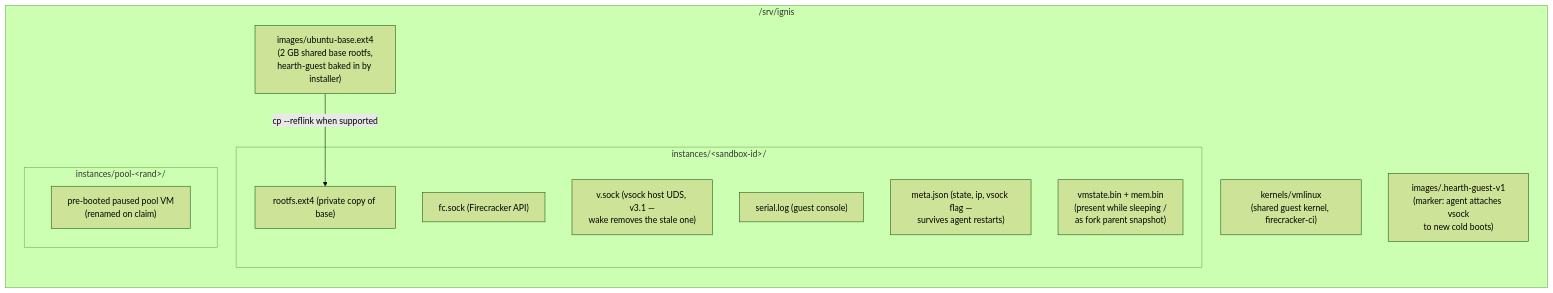
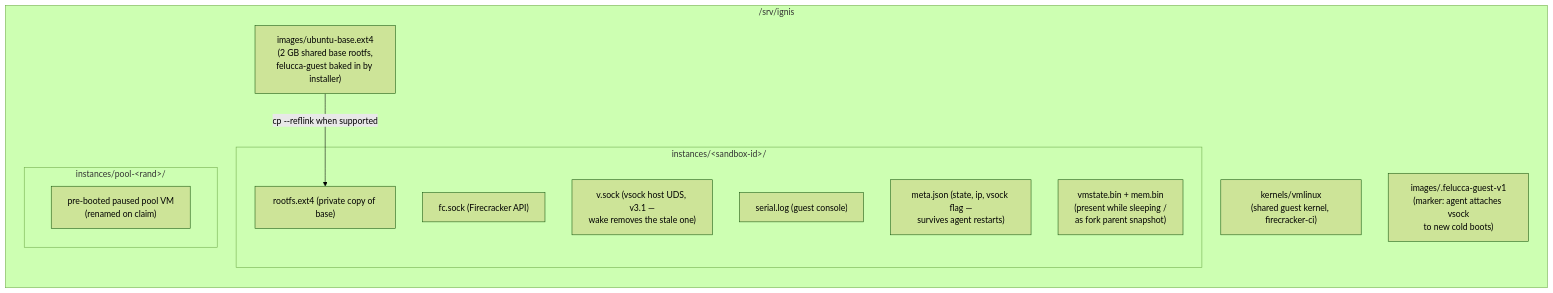
Diagram 11 of 11 in docs/ARCHITECTURE.md (Sodoko-dev/felucca), drawn with Mermaid (forest theme) before and after one commit. The commit also changed other lines of this file and 192 other files, not shown here.

````diff
--- a/docs/ARCHITECTURE.md
+++ b/docs/ARCHITECTURE.md
@@ -517,20 +517,20 @@
 ```mermaid
 flowchart LR
     subgraph srv["/srv/ignis"]
         K["kernels/vmlinux<br/>(shared guest kernel, firecracker-ci)"]
-        B["images/ubuntu-base.ext4<br/>(2 GB shared base rootfs,<br/>hearth-guest baked in by installer)"]
-        MK["images/.hearth-guest-v1<br/>(marker: agent attaches vsock<br/>to new cold boots)"]
+        B["images/ubuntu-base.ext4<br/>(2 GB shared base rootfs,<br/>felucca-guest baked in by installer)"]
+        MK["images/.felucca-guest-v1<br/>(marker: agent attaches vsock<br/>to new cold boots)"]
         subgraph inst["instances/&lt;sandbox-id&gt;/"]
             RF["rootfs.ext4 (private copy of base)"]
             SK["fc.sock (Firecracker API)"]
             VS["v.sock (vsock host UDS, v3.1 —<br/>wake removes the stale one)"]
             SL["serial.log (guest console)"]
             MJ["meta.json (state, ip, vsock flag —<br/>survives agent restarts)"]
             SN["vmstate.bin + mem.bin<br/>(present while sleeping /<br/>as fork parent snapshot)"]
         end
         subgraph pool["instances/pool-&lt;rand&gt;/"]
             PV["pre-booted paused pool VM<br/>(renamed on claim)"]
         end
     end
     B -->|"cp --reflink when supported"| RF
 ```
````
